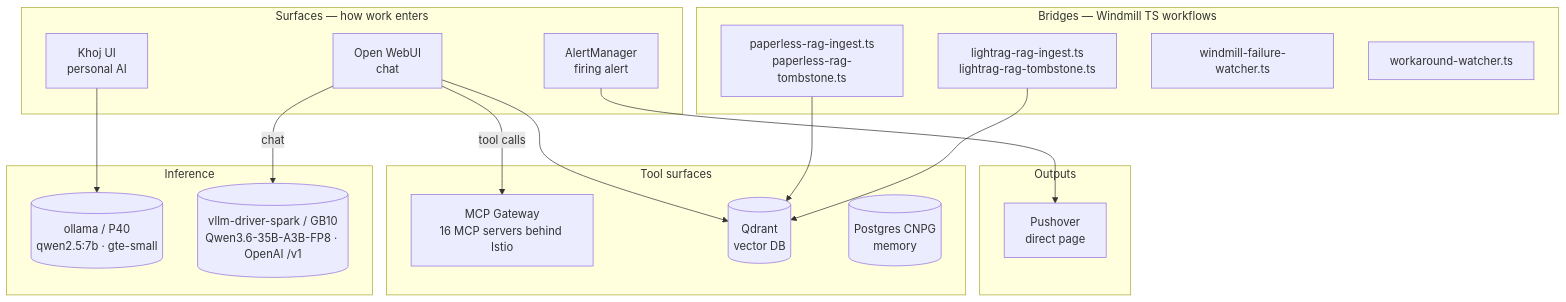
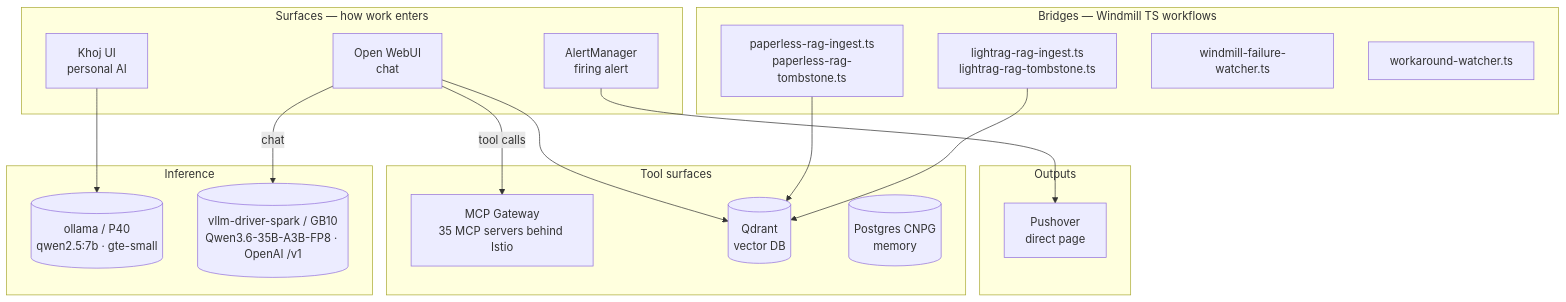
One commit to rwlove/home-ops changed the diagram in docs/src/ai_architecture.md. Above: the diagram before and after it, drawn with Mermaid. The commit also changed other lines of this file and 4 other files, not shown here.

````diff
--- a/docs/src/ai_architecture.md
+++ b/docs/src/ai_architecture.md
@@ -23,39 +35,39 @@
 ```mermaid
 flowchart TB
     subgraph Surfaces[Surfaces — how work enters]
         OWUI[Open WebUI<br/>chat]
         Khoj[Khoj UI<br/>personal AI]
         AM[AlertManager<br/>firing alert]
     end
 
     subgraph Bridges[Bridges — Windmill TS workflows]
         WPaperless[paperless-rag-ingest.ts<br/>paperless-rag-tombstone.ts]
         WLightrag[lightrag-rag-ingest.ts<br/>lightrag-rag-tombstone.ts]
         WFail[windmill-failure-watcher.ts]
         WWork[workaround-watcher.ts]
     end
 
     subgraph Inference[Inference]
         OllamaP40[(ollama / P40<br/>qwen2.5:7b · gte-small)]
         VllmDriver[(vllm-driver-spark / GB10<br/>Qwen3.6-35B-A3B-FP8 · OpenAI /v1)]
     end
 
     subgraph Tools[Tool surfaces]
-        Gw[MCP Gateway<br/>16 MCP servers behind Istio]
+        Gw[MCP Gateway<br/>35 MCP servers behind Istio]
         Q[(Qdrant<br/>vector DB)]
         PG[(Postgres CNPG<br/>memory)]
     end
 
     subgraph Outputs[Outputs]
         Push[Pushover<br/>direct page]
     end
 
     OWUI -->|chat| VllmDriver
     OWUI -->|tool calls| Gw
     OWUI --> Q
     Khoj --> OllamaP40
     AM --> Push
 
     WPaperless --> Q
     WLightrag --> Q
 ```
````
